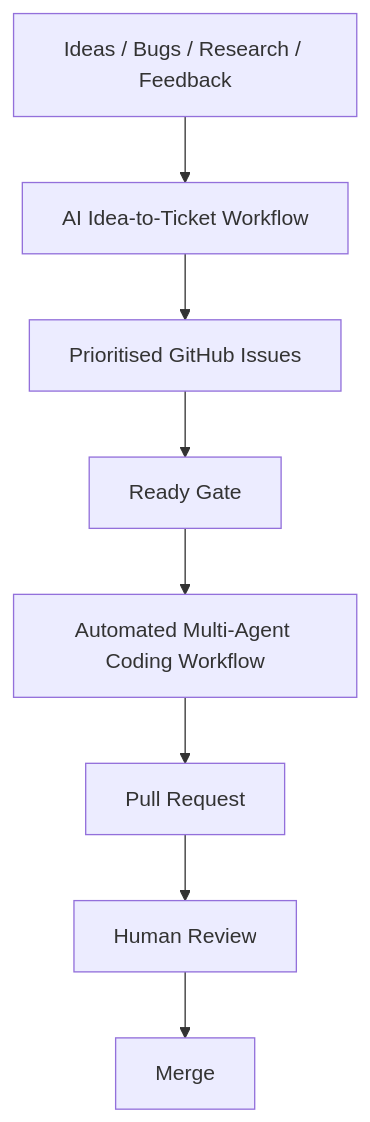
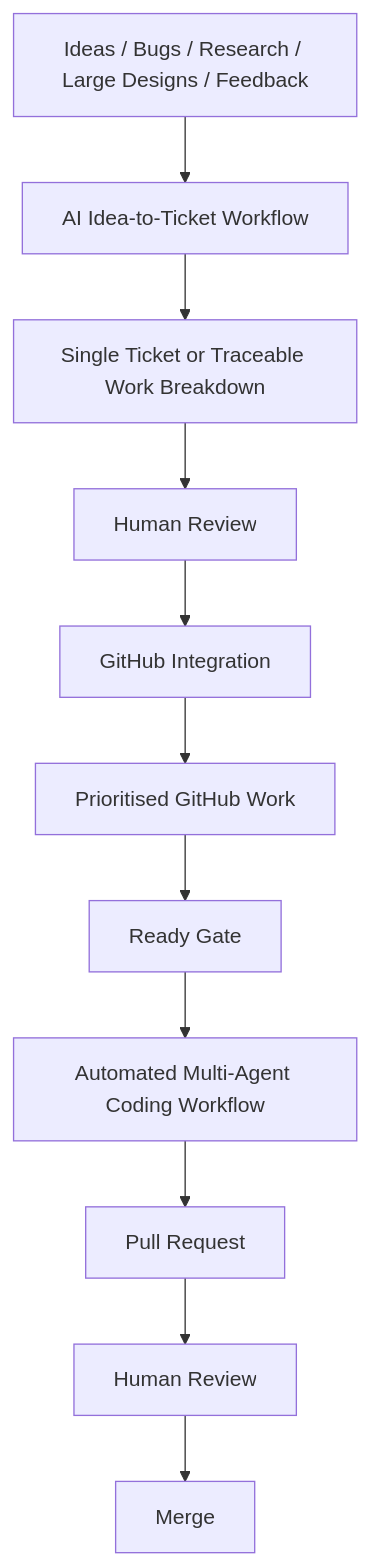
One commit to dawnluma/ai-dev-workflow changed diagram 15 of 15 in README.md. Above: the diagram before and after it, drawn with Mermaid. The commit also changed other lines of this file and 13 other files, not shown here.

````diff
--- a/README.md
+++ b/README.md
@@ -1680,11 +1889,14 @@
 ```mermaid
 flowchart TD
-    A[Ideas / Bugs / Research / Feedback]
+    A[Ideas / Bugs / Research / Large Designs / Feedback]
     --> B[AI Idea-to-Ticket Workflow]
-    --> C[Prioritised GitHub Issues]
-    --> D[Ready Gate]
-    --> E[Automated Multi-Agent Coding Workflow]
-    --> F[Pull Request]
-    --> G[Human Review]
-    --> H[Merge]
+    --> C[Single Ticket or Traceable Work Breakdown]
+    --> D[Human Review]
+    --> E[GitHub Integration]
+    --> F[Prioritised GitHub Work]
+    --> G[Ready Gate]
+    --> H[Automated Multi-Agent Coding Workflow]
+    --> I[Pull Request]
+    --> J[Human Review]
+    --> K[Merge]
 ```
````
